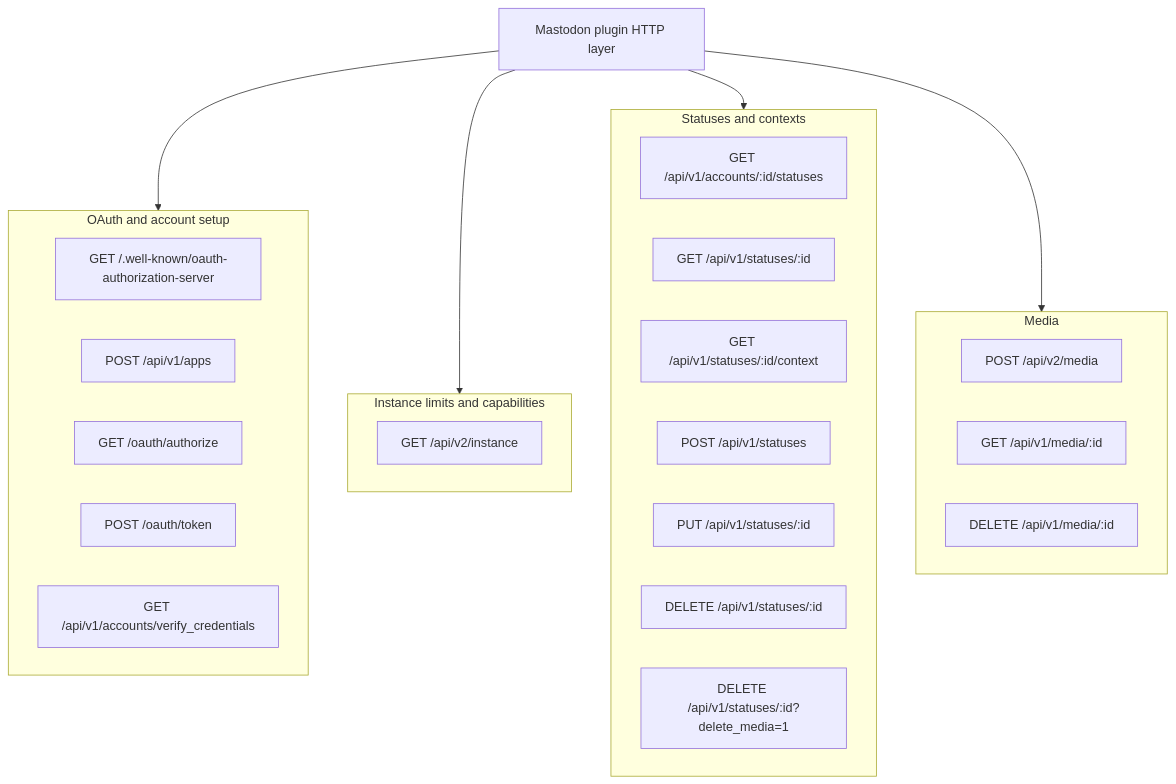
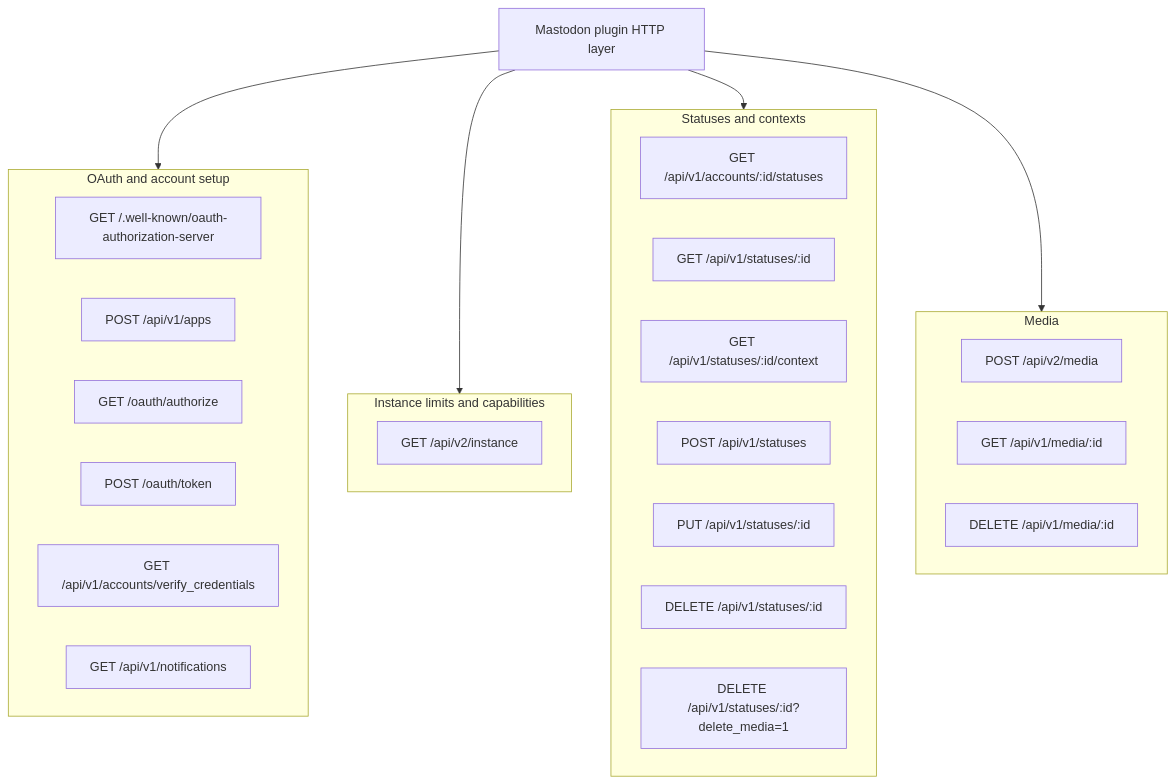
Diagram 20 of 42 in fp-plugins/mastodon/developer-docs/06-Process-Flow.md (flatpressblog/flatpress), drawn with Mermaid before and after one commit. The commit also changed other lines of this file and 25 other files, not shown here.

````diff
--- a/fp-plugins/mastodon/developer-docs/06-Process-Flow.md
+++ b/fp-plugins/mastodon/developer-docs/06-Process-Flow.md
@@ -649,37 +694,38 @@
 ```mermaid
 flowchart TD
     Plugin["Mastodon plugin HTTP layer"]
 
     subgraph OAuth["OAuth and account setup"]
         Discovery["GET /.well-known/oauth-authorization-server"]
         Apps["POST /api/v1/apps"]
         Authorize["GET /oauth/authorize"]
         Token["POST /oauth/token"]
         Verify["GET /api/v1/accounts/verify_credentials"]
+        Notifications["GET /api/v1/notifications"]
     end
 
     subgraph Instance["Instance limits and capabilities"]
         InstanceV2["GET /api/v2/instance"]
     end
 
     subgraph Statuses["Statuses and contexts"]
         AccountStatuses["GET /api/v1/accounts/:id/statuses"]
         StatusGet["GET /api/v1/statuses/:id"]
         Context["GET /api/v1/statuses/:id/context"]
         StatusPost["POST /api/v1/statuses"]
         StatusPut["PUT /api/v1/statuses/:id"]
         StatusDelete["DELETE /api/v1/statuses/:id"]
         StatusDeleteMedia["DELETE /api/v1/statuses/:id?delete_media=1"]
     end
 
     subgraph Media["Media"]
         MediaPost["POST /api/v2/media"]
         MediaGet["GET /api/v1/media/:id"]
         MediaDelete["DELETE /api/v1/media/:id"]
     end
 
     Plugin --> OAuth
     Plugin --> Instance
     Plugin --> Statuses
     Plugin --> Media
 ```
````
